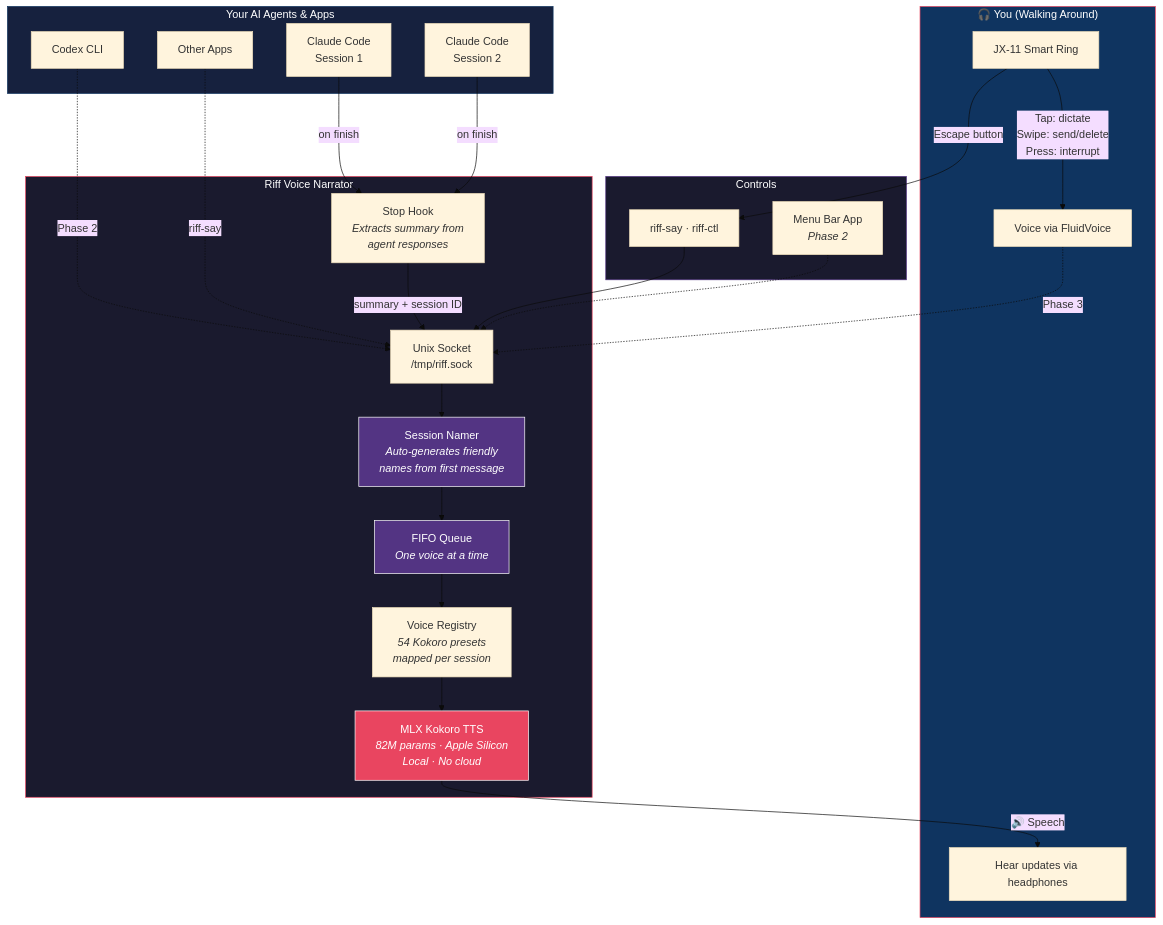
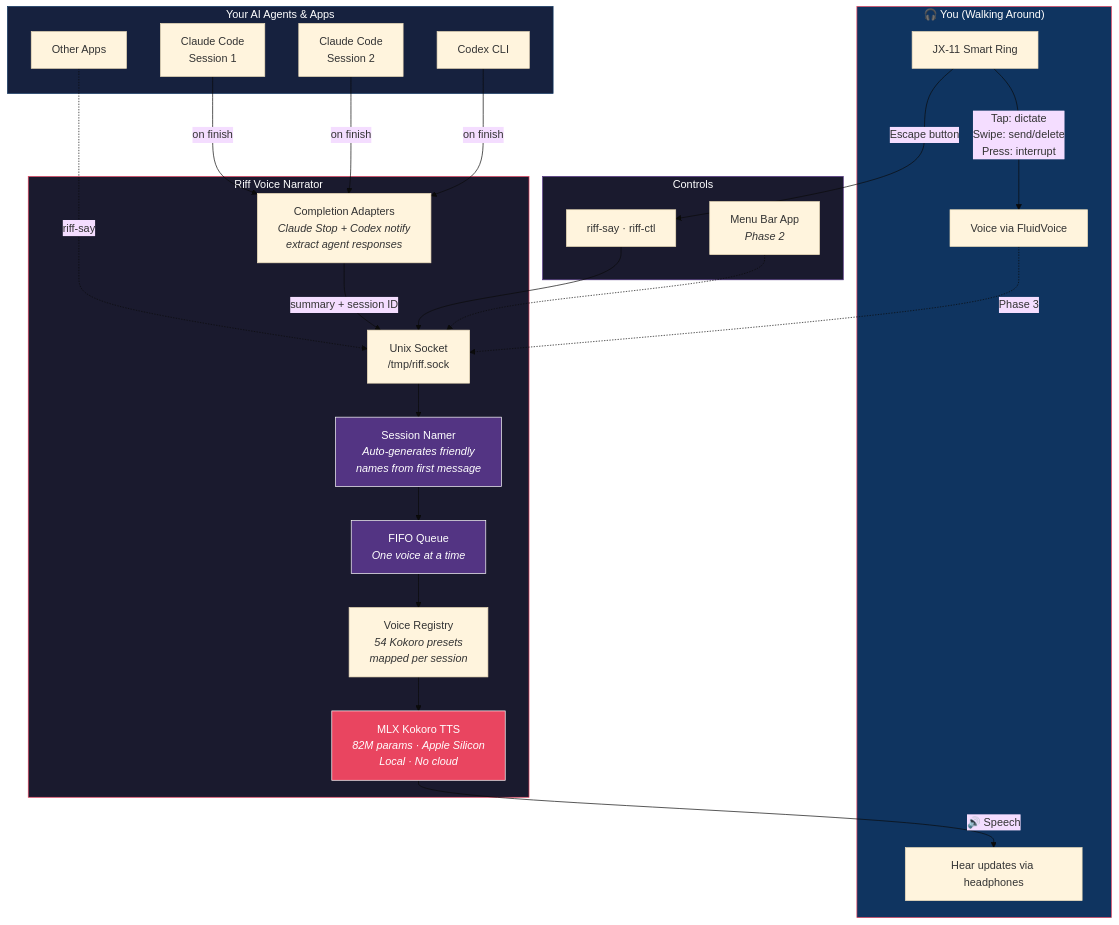
The diagram in riff-voice/riff-architecture.md (remotehumans/riff), drawn with Mermaid (base theme) before and after one commit. The commit also changed 4 other files, not shown here.

````diff
--- a/riff-voice/riff-architecture.md
+++ b/riff-voice/riff-architecture.md
@@ -3,56 +3,56 @@
 ```mermaid
 graph TB
     subgraph You["🎧 You (Walking Around)"]
         Listen["Hear updates via headphones"]
         Ring["JX-11 Smart Ring"]
         Voice["Voice via FluidVoice"]
     end
 
     subgraph Apps["Your AI Agents & Apps"]
         CC1["Claude Code<br/>Session 1"]
         CC2["Claude Code<br/>Session 2"]
         Codex["Codex CLI"]
         Other["Other Apps"]
     end
 
     subgraph Riff["Riff Voice Narrator"]
-        Hook["Stop Hook<br/><i>Extracts summary from<br/>agent responses</i>"]
+        Hook["Completion Adapters<br/><i>Claude Stop + Codex notify<br/>extract agent responses</i>"]
         Socket["Unix Socket<br/>/tmp/riff.sock"]
         Queue["FIFO Queue<br/><i>One voice at a time</i>"]
         Namer["Session Namer<br/><i>Auto-generates friendly<br/>names from first message</i>"]
         Voices["Voice Registry<br/><i>54 Kokoro presets<br/>mapped per session</i>"]
         TTS["MLX Kokoro TTS<br/><i>82M params · Apple Silicon<br/>Local · No cloud</i>"]
     end
 
     subgraph Controls["Controls"]
         CLI["riff-say · riff-ctl"]
         MenuBar["Menu Bar App<br/><i>Phase 2</i>"]
     end
 
     CC1 -->|"on finish"| Hook
     CC2 -->|"on finish"| Hook
-    Codex -.->|"Phase 2"| Socket
+    Codex -->|"on finish"| Hook
     Other -.->|"riff-say"| Socket
 
     Hook -->|"summary + session ID"| Socket
     Socket --> Namer
     Namer --> Queue
     Queue --> Voices
     Voices --> TTS
     TTS -->|"🔊 Speech"| Listen
 
     Ring -->|"Tap: dictate<br/>Swipe: send/delete<br/>Press: interrupt"| Voice
     Ring -->|"Escape button"| CLI
     CLI --> Socket
     MenuBar -.-> Socket
 
     Voice -.->|"Phase 3"| Socket
 
     style Riff fill:#1a1a2e,stroke:#e94560,color:#fff
     style You fill:#0f3460,stroke:#e94560,color:#fff
     style Apps fill:#16213e,stroke:#0f3460,color:#fff
     style Controls fill:#1a1a2e,stroke:#533483,color:#fff
     style TTS fill:#e94560,stroke:#fff,color:#fff
     style Queue fill:#533483,stroke:#fff,color:#fff
     style Namer fill:#533483,stroke:#fff,color:#fff
 ```
````
